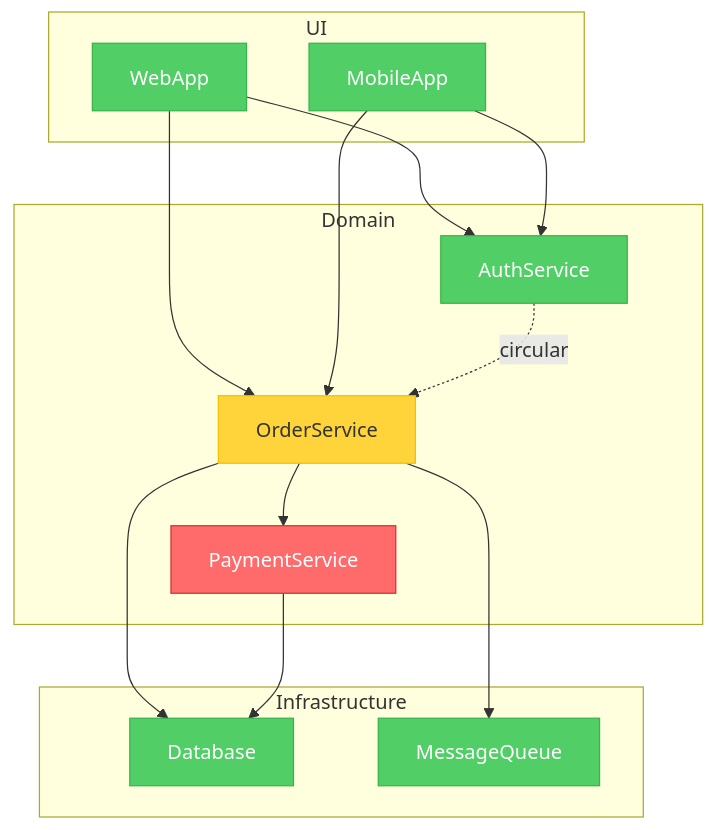
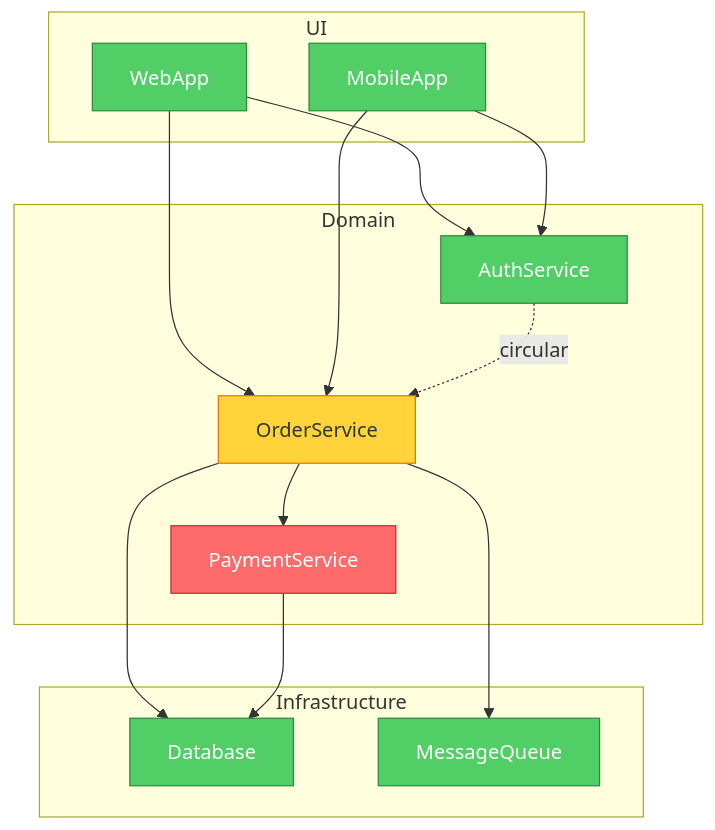
One commit to hyhmrright/brooks-lint changed the diagram in skills/brooks-lint/architecture-guide.md. Above: the diagram before and after it, drawn with Mermaid. The commit also changed other lines of this file and 1 other file, not shown here.

`````diff
--- a/skills/brooks-lint/architecture-guide.md
+++ b/skills/brooks-lint/architecture-guide.md
@@ -21,36 +21,36 @@
 ````mermaid
 graph TD
   subgraph UI
     WebApp
     MobileApp
   end
 
   subgraph Domain
     AuthService
     OrderService
     PaymentService
   end
 
   subgraph Infrastructure
     Database
     MessageQueue
   end
 
   WebApp --> AuthService
   WebApp --> OrderService
   MobileApp --> AuthService
   MobileApp --> OrderService
   OrderService --> PaymentService
   OrderService --> Database
   OrderService --> MessageQueue
   PaymentService --> Database
   AuthService -.->|circular| OrderService
 
-  classDef critical fill:#ff6b6b,stroke:#d63031,color:#fff
-  classDef warning fill:#ffd43b,stroke:#f0c000,color:#333
-  classDef clean fill:#51cf66,stroke:#37b24d,color:#fff
+  classDef critical fill:#ff6b6b,stroke:#c92a2a,color:#fff
+  classDef warning fill:#ffd43b,stroke:#e67700
+  classDef clean fill:#51cf66,stroke:#2b8a3e,color:#fff
 
   class PaymentService critical
   class OrderService warning
   class Database,MessageQueue,AuthService,WebApp,MobileApp clean
 ````
`````
